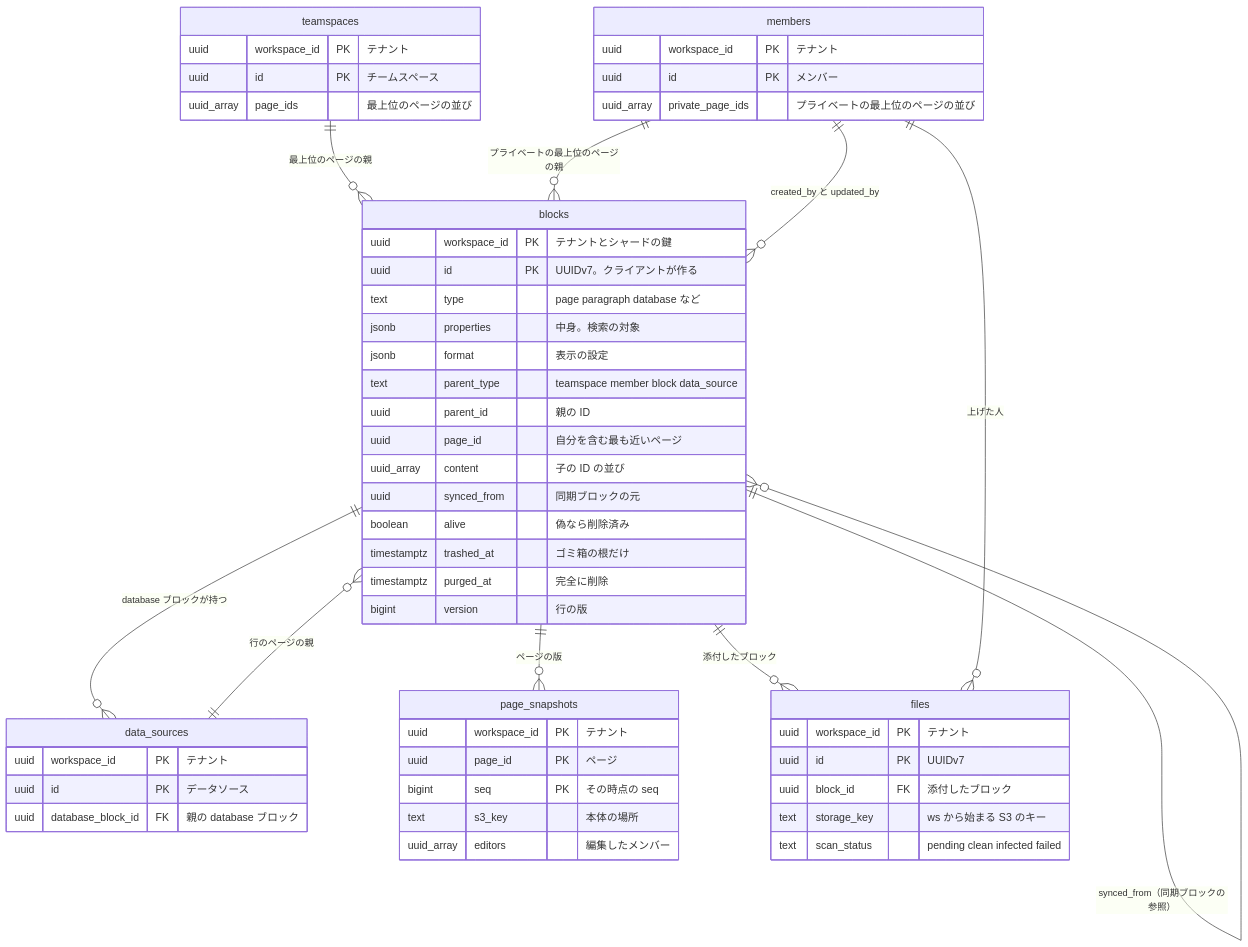
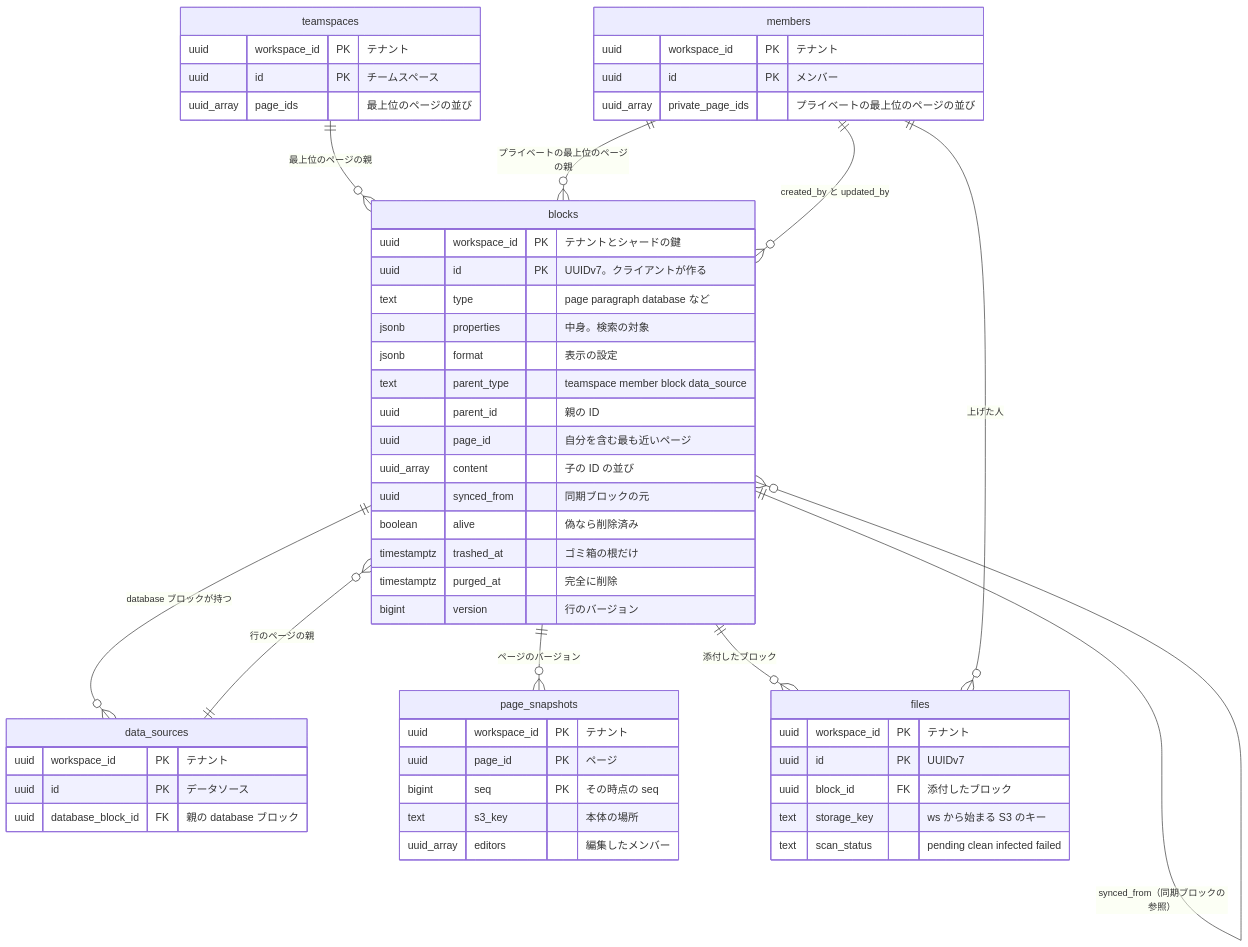
One commit to shoito/rebuilds changed the diagram in systems/notion/docs/architecture/data-model/blocks.md. Above: the diagram before and after it, drawn with Mermaid. The commit also changed other lines of this file and 793 other files, not shown here.

````diff
--- a/systems/notion/docs/architecture/data-model/blocks.md
+++ b/systems/notion/docs/architecture/data-model/blocks.md
@@ -7,60 +7,60 @@
 ```mermaid
 erDiagram
   teamspaces ||--o{ blocks : "最上位のページの親"
   members ||--o{ blocks : "プライベートの最上位のページの親"
   blocks ||--o{ blocks : "parent_id と content"
   blocks ||--o{ blocks : "page_id（最も近いページ）"
   blocks ||--o{ blocks : "synced_from（同期ブロックの参照）"
   data_sources ||--o{ blocks : "行のページの親"
   blocks ||--o{ data_sources : "database ブロックが持つ"
-  blocks ||--o{ page_snapshots : "ページの版"
+  blocks ||--o{ page_snapshots : "ページのバージョン"
   blocks ||--o{ files : "添付したブロック"
   members ||--o{ files : "上げた人"
   members ||--o{ blocks : "created_by と updated_by"
 
   blocks {
     uuid workspace_id PK "テナントとシャードの鍵"
     uuid id PK "UUIDv7。クライアントが作る"
     text type "page paragraph database など"
     jsonb properties "中身。検索の対象"
     jsonb format "表示の設定"
     text parent_type "teamspace member block data_source"
     uuid parent_id "親の ID"
     uuid page_id "自分を含む最も近いページ"
     uuid_array content "子の ID の並び"
     uuid synced_from "同期ブロックの元"
     boolean alive "偽なら削除済み"
     timestamptz trashed_at "ゴミ箱の根だけ"
     timestamptz purged_at "完全に削除"
-    bigint version "行の版"
+    bigint version "行のバージョン"
   }
   page_snapshots {
     uuid workspace_id PK "テナント"
     uuid page_id PK "ページ"
     bigint seq PK "その時点の seq"
     text s3_key "本体の場所"
     uuid_array editors "編集したメンバー"
   }
   files {
     uuid workspace_id PK "テナント"
     uuid id PK "UUIDv7"
     uuid block_id FK "添付したブロック"
     text storage_key "ws から始まる S3 のキー"
     text scan_status "pending clean infected failed"
   }
   data_sources {
     uuid workspace_id PK "テナント"
     uuid id PK "データソース"
     uuid database_block_id FK "親の database ブロック"
   }
   teamspaces {
     uuid workspace_id PK "テナント"
     uuid id PK "チームスペース"
     uuid_array page_ids "最上位のページの並び"
   }
   members {
     uuid workspace_id PK "テナント"
     uuid id PK "メンバー"
     uuid_array private_page_ids "プライベートの最上位のページの並び"
   }
 ```
````
